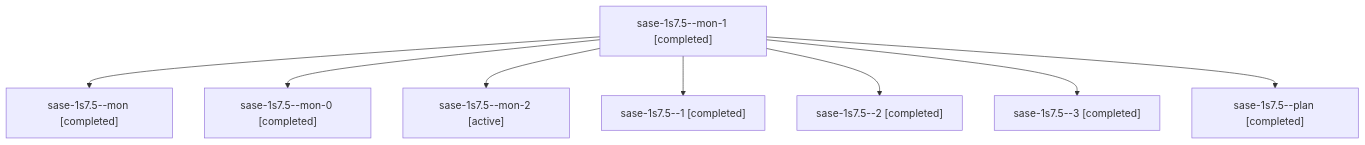
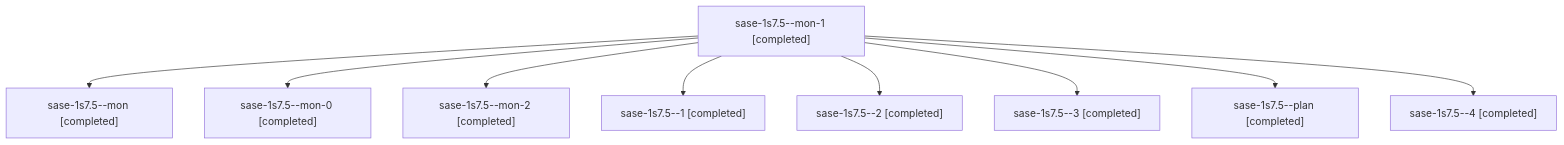
Before and after one commit to sase-org/sase--agents: the diagram in sessions/bbugyi200.athena.sase-1s7.5.md, drawn with Mermaid. The commit also changed other lines of this file and 94 other files, not shown here.

````diff
--- a/sessions/bbugyi200.athena.sase-1s7.5.md
+++ b/sessions/bbugyi200.athena.sase-1s7.5.md
@@ -9,18 +9,20 @@
 ```mermaid
 flowchart TD
   n0["sase-1s7.5--mon-1 [completed]"]
   n1["sase-1s7.5--mon [completed]"]
   n0 --> n1
   n2["sase-1s7.5--mon-0 [completed]"]
   n0 --> n2
-  n3["sase-1s7.5--mon-2 [active]"]
+  n3["sase-1s7.5--mon-2 [completed]"]
   n0 --> n3
   n4["sase-1s7.5--1 [completed]"]
   n0 --> n4
   n5["sase-1s7.5--2 [completed]"]
   n0 --> n5
   n6["sase-1s7.5--3 [completed]"]
   n0 --> n6
   n7["sase-1s7.5--plan [completed]"]
   n0 --> n7
+  n8["sase-1s7.5--4 [completed]"]
+  n0 --> n8
 ```
````
